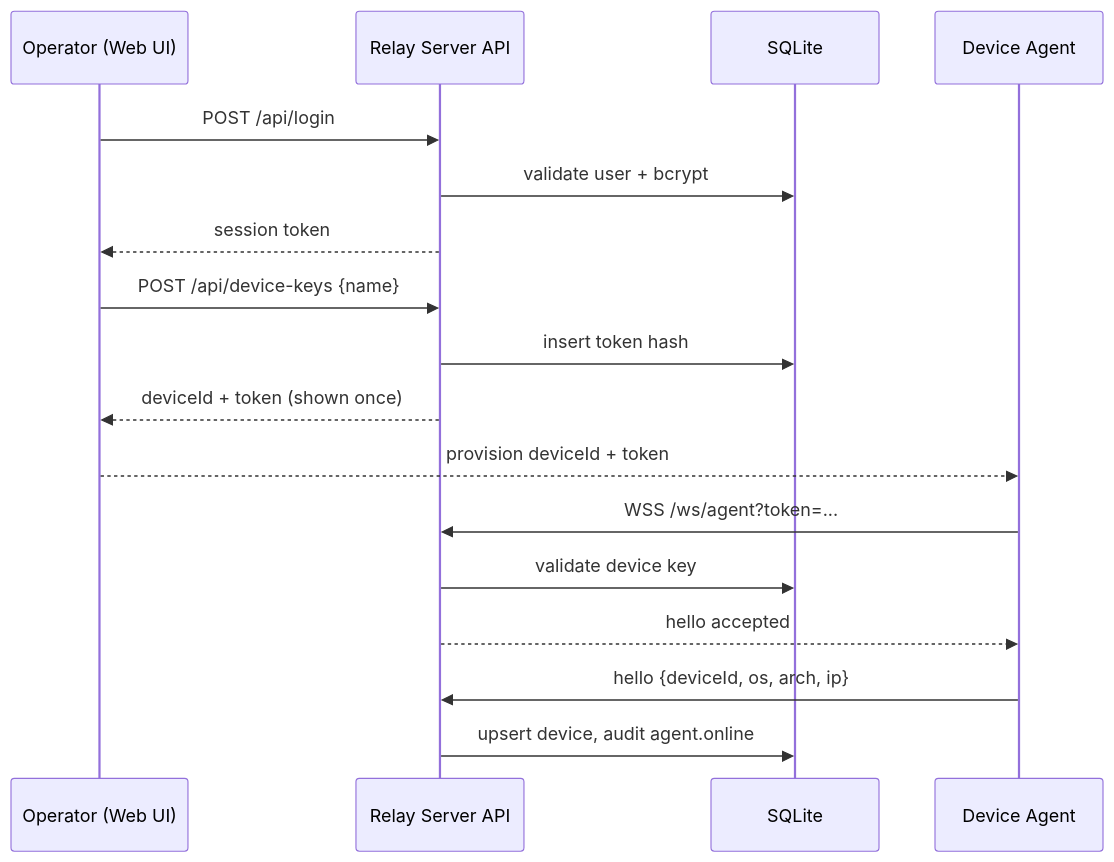
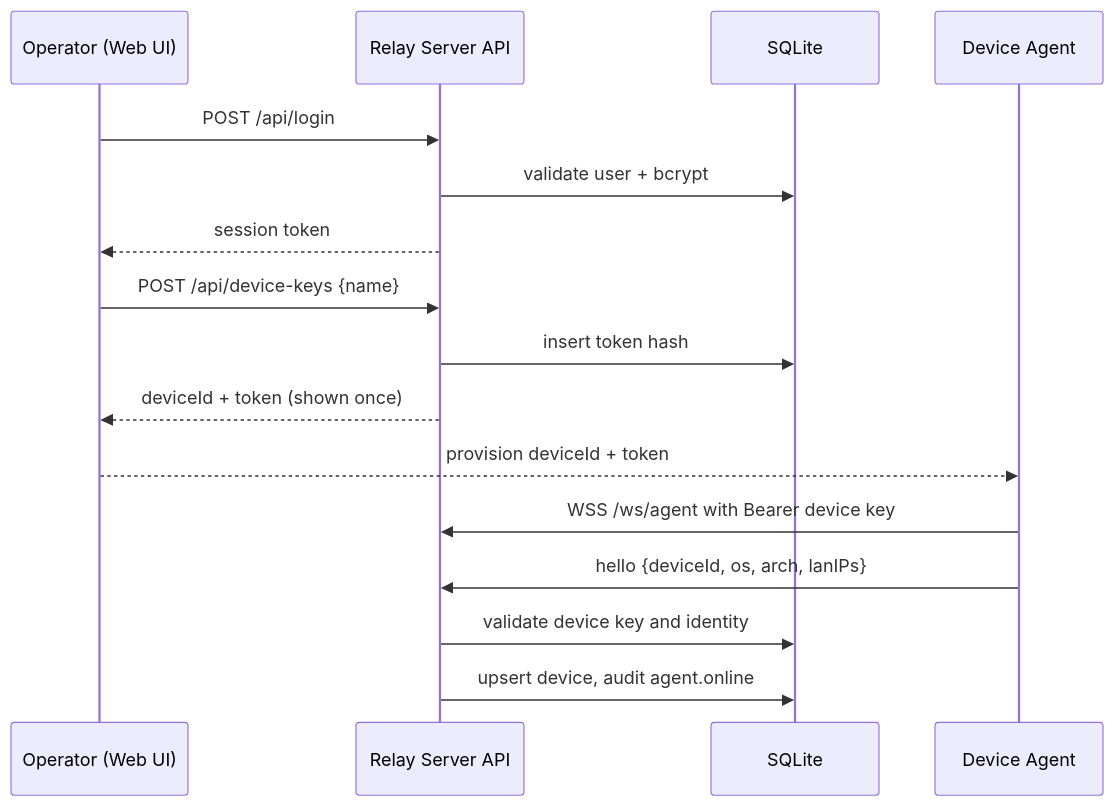
Before and after one commit to pcc-258/warpmesh: the fourth of 11 diagrams in docs/architecture.md, drawn with Mermaid. The commit also changed other lines of this file and 48 other files, not shown here.

````diff
--- a/docs/architecture.md
+++ b/docs/architecture.md
@@ -117,20 +121,19 @@
 ```mermaid
 sequenceDiagram
     participant Admin as Operator (Web UI)
     participant API as Relay Server API
     participant DB as SQLite
     participant Agent as Device Agent
 
     Admin->>API: POST /api/login
     API->>DB: validate user + bcrypt
     API-->>Admin: session token
     Admin->>API: POST /api/device-keys {name}
     API->>DB: insert token hash
     API-->>Admin: deviceId + token (shown once)
     Admin-->>Agent: provision deviceId + token
-    Agent->>API: WSS /ws/agent?token=...
-    API->>DB: validate device key
-    API-->>Agent: hello accepted
-    Agent->>API: hello {deviceId, os, arch, ip}
+    Agent->>API: WSS /ws/agent with Bearer device key
+    Agent->>API: hello {deviceId, os, arch, lanIPs}
+    API->>DB: validate device key and identity
     API->>DB: upsert device, audit agent.online
 ```
````
